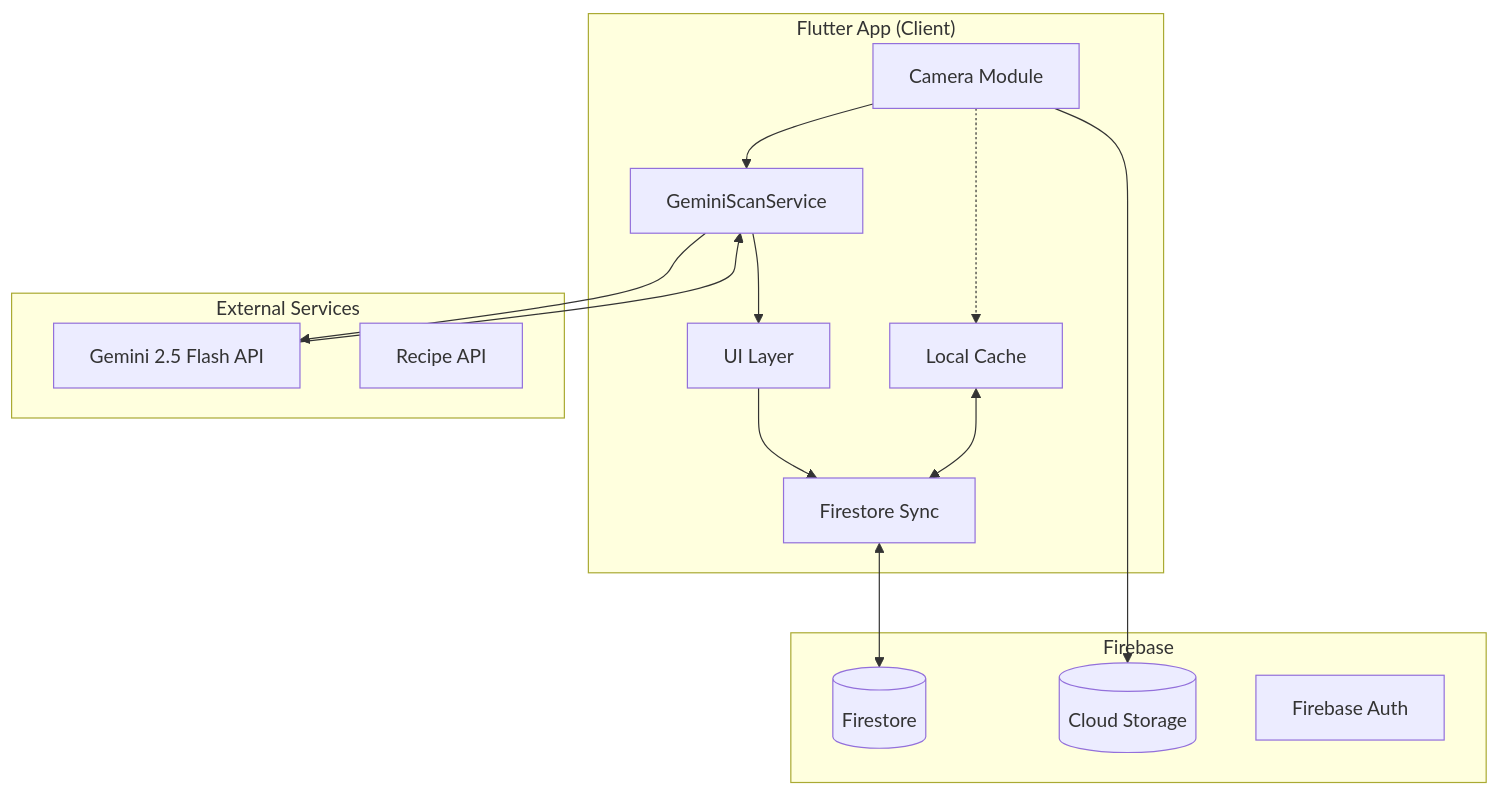
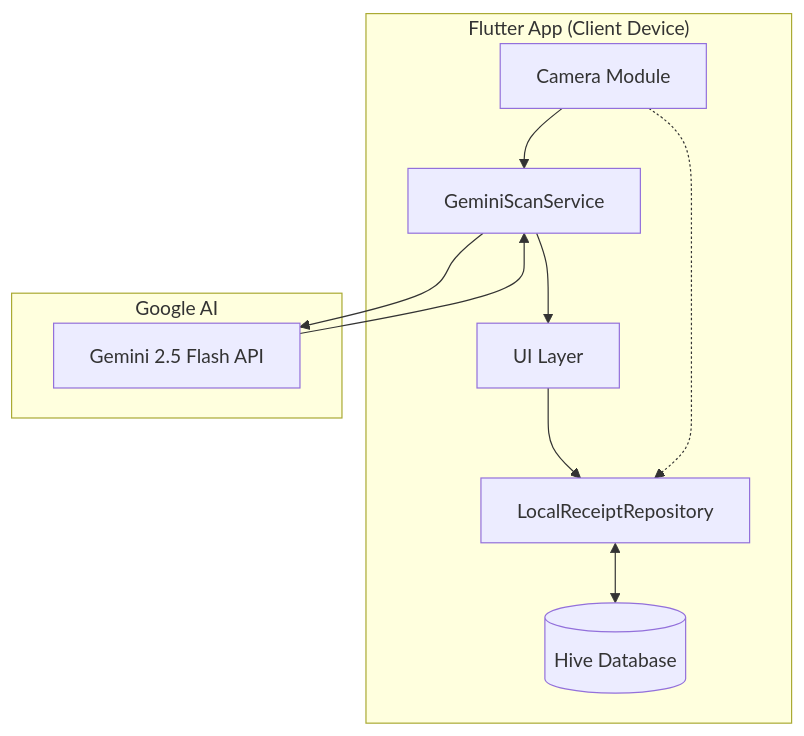
The second of 2 diagrams in specs/design.md (HeartThanakorn/sparfuchs-mobile-app), drawn with Mermaid before and after one commit. The commit also changed other lines of this file and 2 other files, not shown here.

Commit message:
docs: Update documentation to reflect offline-first architecture and removed features

````diff
--- a/specs/design.md
+++ b/specs/design.md
@@ -40,31 +35,22 @@
 ```mermaid
 graph TB
-    subgraph "Flutter App (Client)"
+    subgraph "Flutter App (Client Device)"
         CAM[Camera Module]
         UI[UI Layer]
         GEMINI[GeminiScanService]
-        SYNC[Firestore Sync]
-        LOCAL[Local Cache]
+        REPO[LocalReceiptRepository]
+        HIVE[(Hive Database)]
     end
 
-    subgraph "External Services"
+    subgraph "Google AI"
         AI[Gemini 2.5 Flash API]
-        RECIPE[Recipe API]
-    end
-
-    subgraph "Firebase"
-        FS[(Firestore)]
-        STORAGE[(Cloud Storage)]
-        AUTH[Firebase Auth]
     end
 
     CAM --> GEMINI
     GEMINI --> AI
     AI --> GEMINI
     GEMINI --> UI
-    UI --> SYNC
-    SYNC <--> FS
-    LOCAL <--> SYNC
-    CAM --> STORAGE
-    CAM -.-> LOCAL
+    UI --> REPO
+    REPO <--> HIVE
+    CAM -.-> REPO
 ```
````
